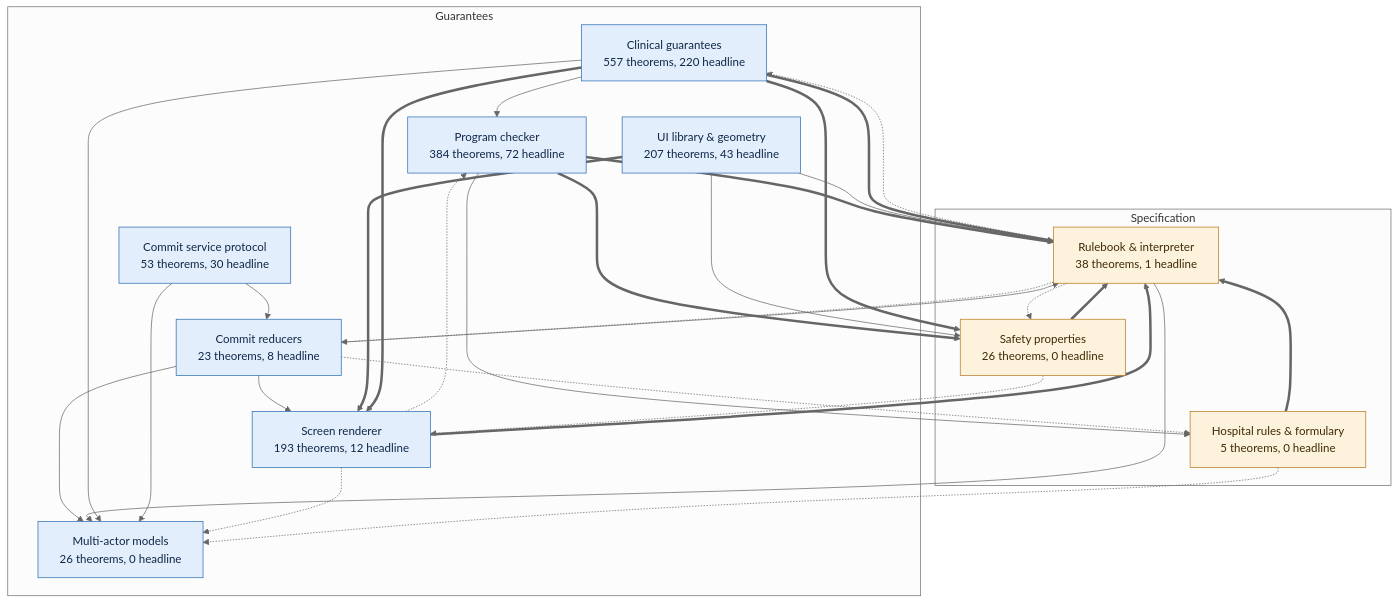
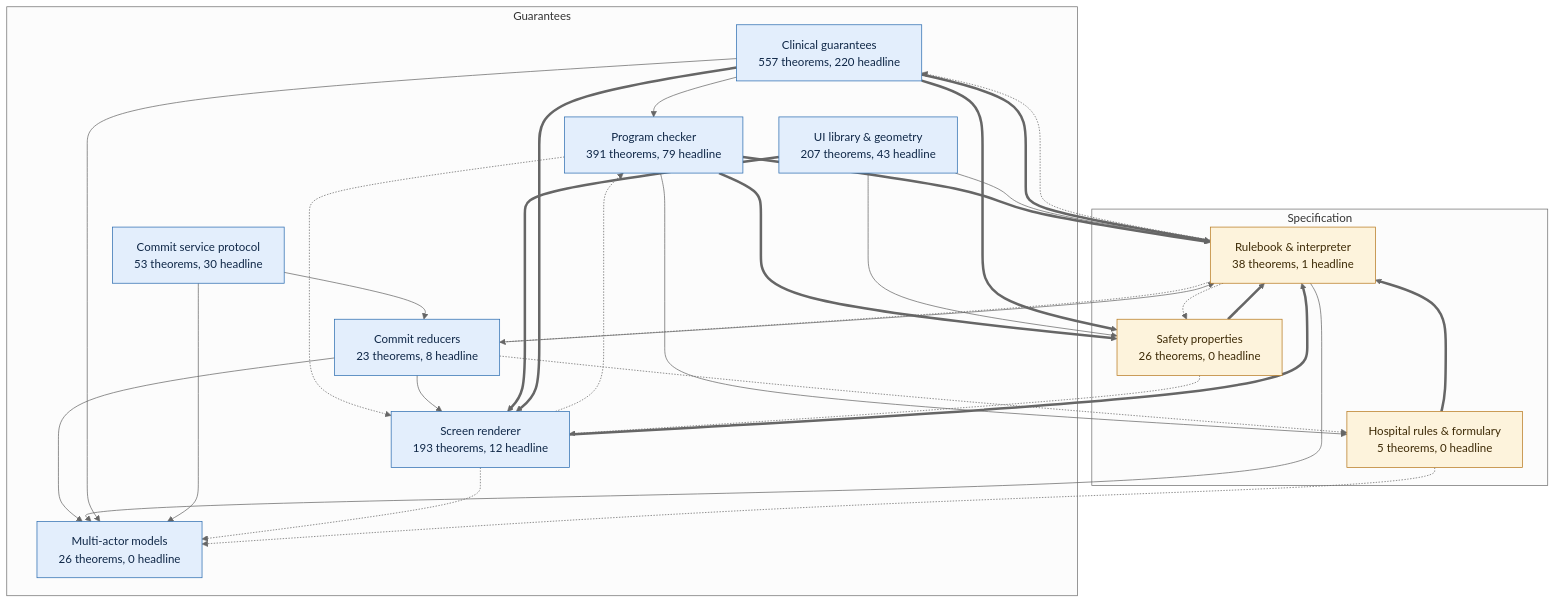
The first of 10 diagrams in docs/proof-map.md (saithat/VGI-Health), drawn with Mermaid (neutral theme) before and after one commit. The commit also changed other lines of this file and 35 other files, not shown here.

````diff
--- a/docs/proof-map.md
+++ b/docs/proof-map.md
@@ -15,47 +15,48 @@
 ```mermaid
 flowchart TB
   subgraph guar_g["Guarantees"]
     proofs["Clinical guarantees<br/>557 theorems, 220 headline"]:::guar
-    check["Program checker<br/>384 theorems, 72 headline"]:::guar
+    check["Program checker<br/>391 theorems, 79 headline"]:::guar
     render["Screen renderer<br/>193 theorems, 12 headline"]:::guar
     layout["UI library &amp; geometry<br/>207 theorems, 43 headline"]:::guar
     commit["Commit reducers<br/>23 theorems, 8 headline"]:::guar
     protocol["Commit service protocol<br/>53 theorems, 30 headline"]:::guar
     multi["Multi-actor models<br/>26 theorems, 0 headline"]:::guar
   end
   subgraph spec_g["Specification"]
     core["Rulebook &amp; interpreter<br/>38 theorems, 1 headline"]:::spec
     props["Safety properties<br/>26 theorems, 0 headline"]:::spec
     specs["Hospital rules &amp; formulary<br/>5 theorems, 0 headline"]:::spec
   end
   check ==> core
   check ==> props
+  check -.-> render
   check --> specs
   commit --> core
   commit --> multi
   commit --> render
   commit -.-> specs
   core -.-> commit
   core --> multi
   core -.-> proofs
   core -.-> props
   layout --> core
   layout --> props
   layout ==> render
   proofs --> check
   proofs ==> core
   proofs --> multi
   proofs ==> props
   proofs ==> render
   props ==> core
   props -.-> render
   protocol --> commit
   protocol --> multi
   render -.-> check
   render ==> core
   render -.-> multi
   specs ==> core
   specs -.-> multi
   classDef spec fill:#fdf3dc,stroke:#b7791f,color:#3d2a06
   classDef guar fill:#e3eefc,stroke:#2b6cb0,color:#0f2747
 ```
````
